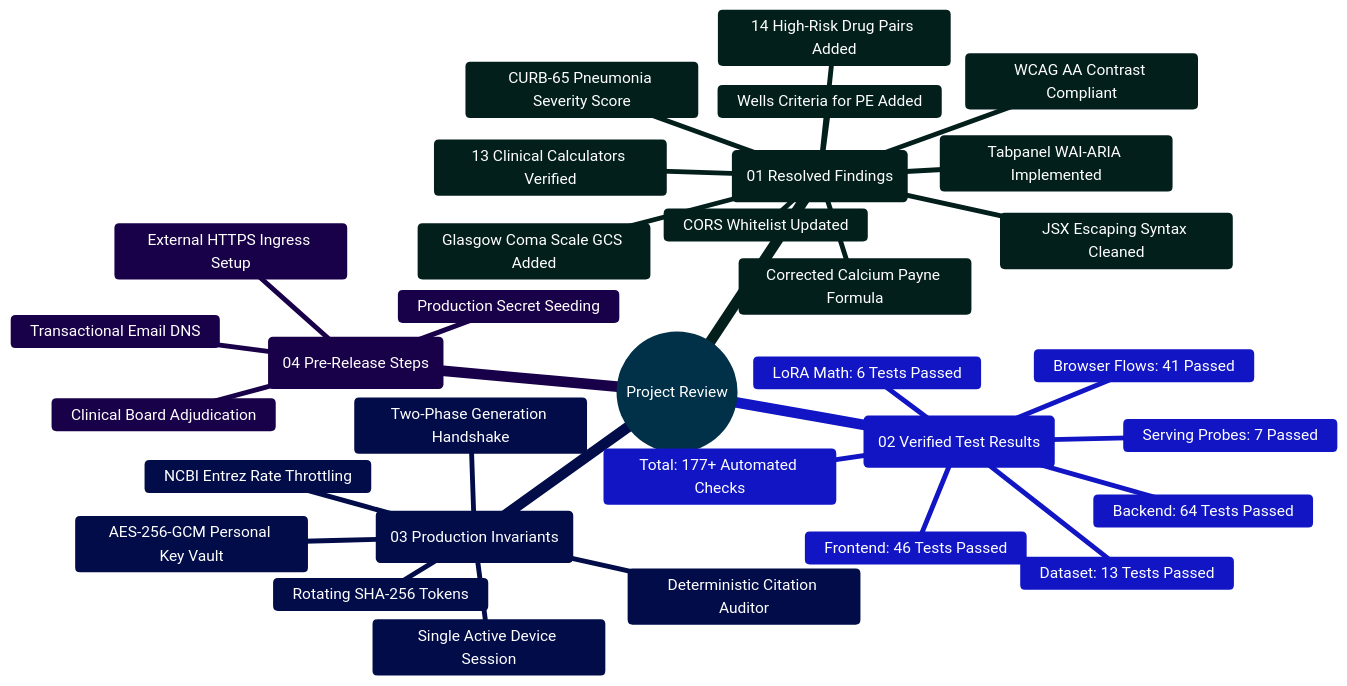
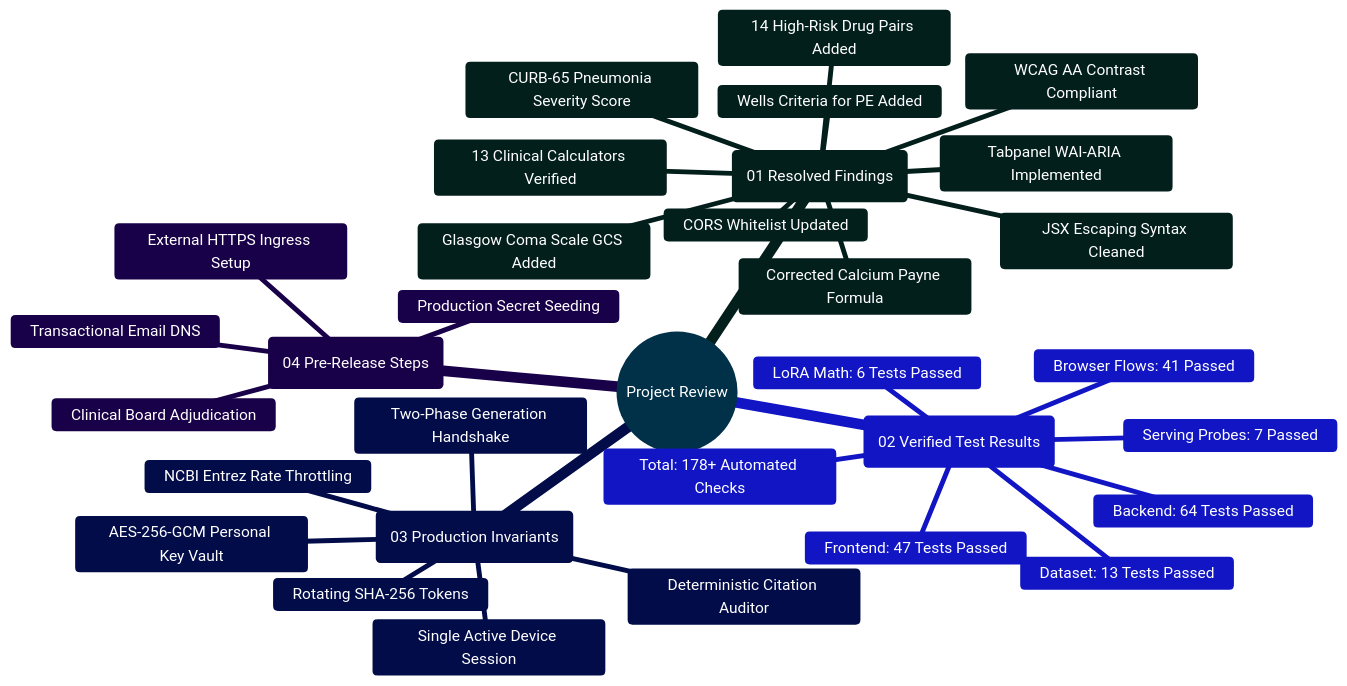
One commit to Ganesh172919/React-App-LLM changed the diagram in output/project-review/PROJECT_ANALYSIS.md. Above: the diagram before and after it, drawn with Mermaid. The commit also changed other lines of this file and 2 other files, not shown here.

Commit message:
docs: enrich operations runbook with acceptance rollback and update complete directory reference

````diff
--- a/output/project-review/PROJECT_ANALYSIS.md
+++ b/output/project-review/PROJECT_ANALYSIS.md
@@ -66,37 +66,37 @@
 ```mermaid
 %%{init: {'theme': 'base', 'themeVariables': { 'primaryColor': '#0284c7', 'primaryTextColor': '#ffffff', 'primaryBorderColor': '#0369a1', 'lineColor': '#0284c7', 'secondaryColor': '#0d9488', 'tertiaryColor': '#6366f1' }}}%%
 mindmap
   root((Project Review))
     ::icon(fa fa-check-double)
     (01 Resolved Findings)
       JSX Escaping Syntax Cleaned
       CORS Whitelist Updated
       14 High-Risk Drug Pairs Added
       13 Clinical Calculators Verified
       Corrected Calcium Payne Formula
       Wells Criteria for PE Added
       CURB-65 Pneumonia Severity Score
       Glasgow Coma Scale GCS Added
       Tabpanel WAI-ARIA Implemented
       WCAG AA Contrast Compliant
     (02 Verified Test Results)
       Backend: 64 Tests Passed
-      Frontend: 46 Tests Passed
+      Frontend: 47 Tests Passed
       Dataset: 13 Tests Passed
       LoRA Math: 6 Tests Passed
       Serving Probes: 7 Passed
       Browser Flows: 41 Passed
-      Total: 177+ Automated Checks
+      Total: 178+ Automated Checks
     (03 Production Invariants)
       Single Active Device Session
       Rotating SHA-256 Tokens
       AES-256-GCM Personal Key Vault
       Two-Phase Generation Handshake
       Deterministic Citation Auditor
       NCBI Entrez Rate Throttling
     (04 Pre-Release Steps)
       External HTTPS Ingress Setup
       Production Secret Seeding
       Transactional Email DNS
       Clinical Board Adjudication
 ```
````
